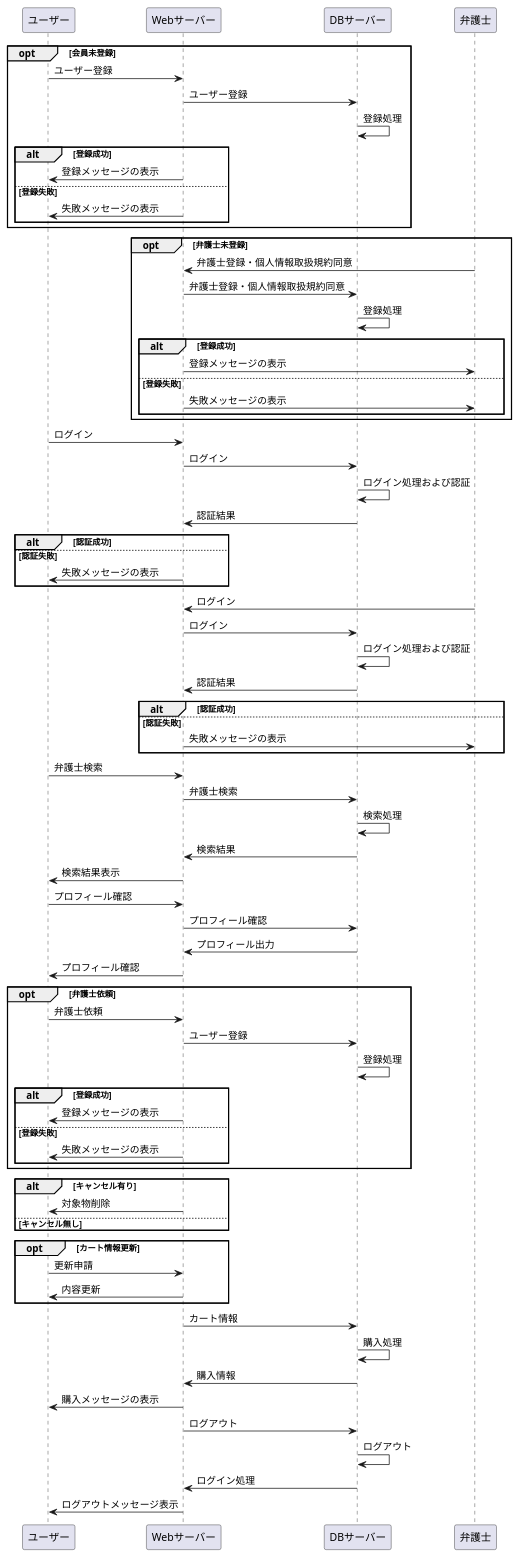
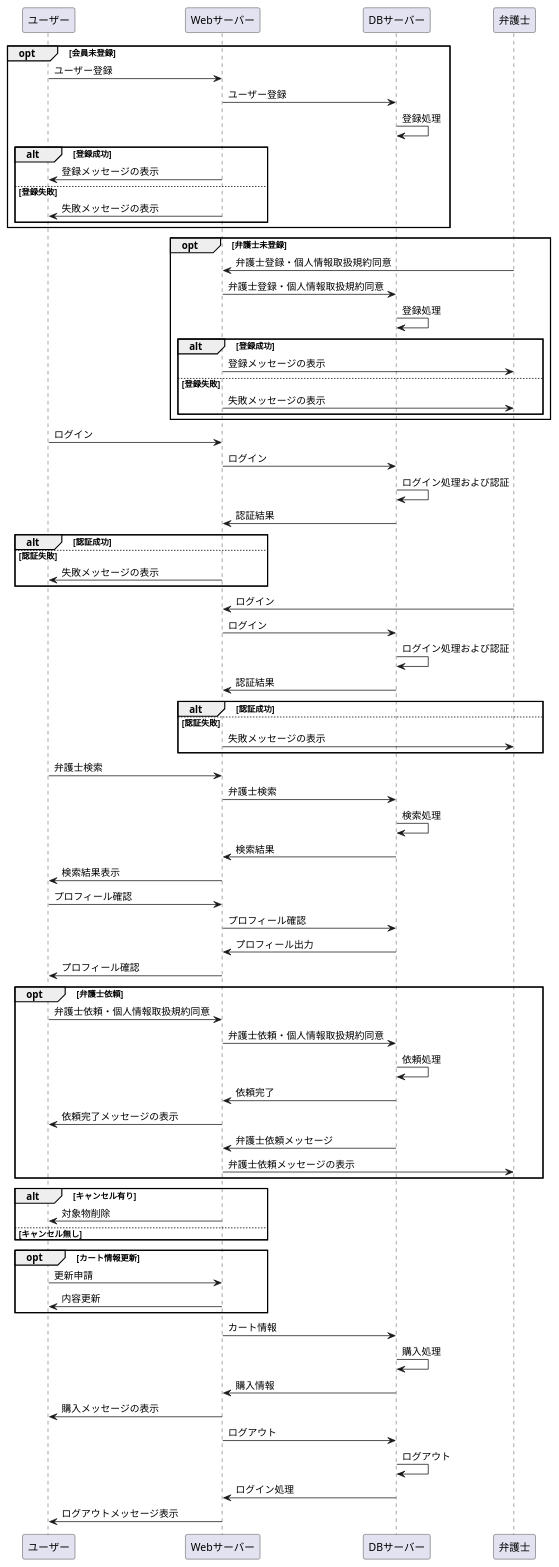
One commit to Aso2001374/2021sys-design changed the diagram in bengoshi-syoukai.md. Above: the diagram before and after it, drawn with PlantUML.

```diff
--- a/bengoshi-syoukai.md
+++ b/bengoshi-syoukai.md
@@ -35,6 +35,8 @@
 
 
 
+
+
 ユーザー -> Webサーバー:ログイン
 Webサーバー -> DBサーバー:ログイン
 DBサーバー -> DBサーバー:ログイン処理および認証
@@ -44,7 +46,9 @@
     else 認証失敗
     Webサーバー ->ユーザー:失敗メッセージの表示
   end
-    
+ 
+ 
+ 
 
 
 弁護士 -> Webサーバー:ログイン
@@ -56,7 +60,9 @@
     else 認証失敗
     Webサーバー ->弁護士:失敗メッセージの表示
   end
-  
+ 
+ 
+ 
   
   
 ユーザー -> Webサーバー:弁護士検索
@@ -67,23 +73,26 @@
 
 
 
+
+
 ユーザー -> Webサーバー:プロフィール確認
 Webサーバー -> DBサーバー:プロフィール確認
 DBサーバー -> Webサーバー:プロフィール出力
 Webサーバー ->ユーザー:プロフィール確認
 
 
+
+
+
 opt 弁護士依頼
 
-ユーザー -> Webサーバー:弁護士依頼
-Webサーバー -> DBサーバー:ユーザー登録
-DBサーバー -> DBサーバー:登録処理
-
-  alt 登録成功
-    Webサーバー ->ユーザー:登録メッセージの表示
-  else 登録失敗
-    Webサーバー ->ユーザー:失敗メッセージの表示
-  end
+ユーザー -> Webサーバー:弁護士依頼・個人情報取扱規約同意
+Webサーバー -> DBサーバー:弁護士依頼・個人情報取扱規約同意
+DBサーバー -> DBサーバー:依頼処理
+DBサーバー -> Webサーバー:依頼完了
+Webサーバー ->ユーザー:依頼完了メッセージの表示
+DBサーバー -> Webサーバー:弁護士依頼メッセージ
+Webサーバー ->弁護士:弁護士依頼メッセージの表示
   
 end
 
```
